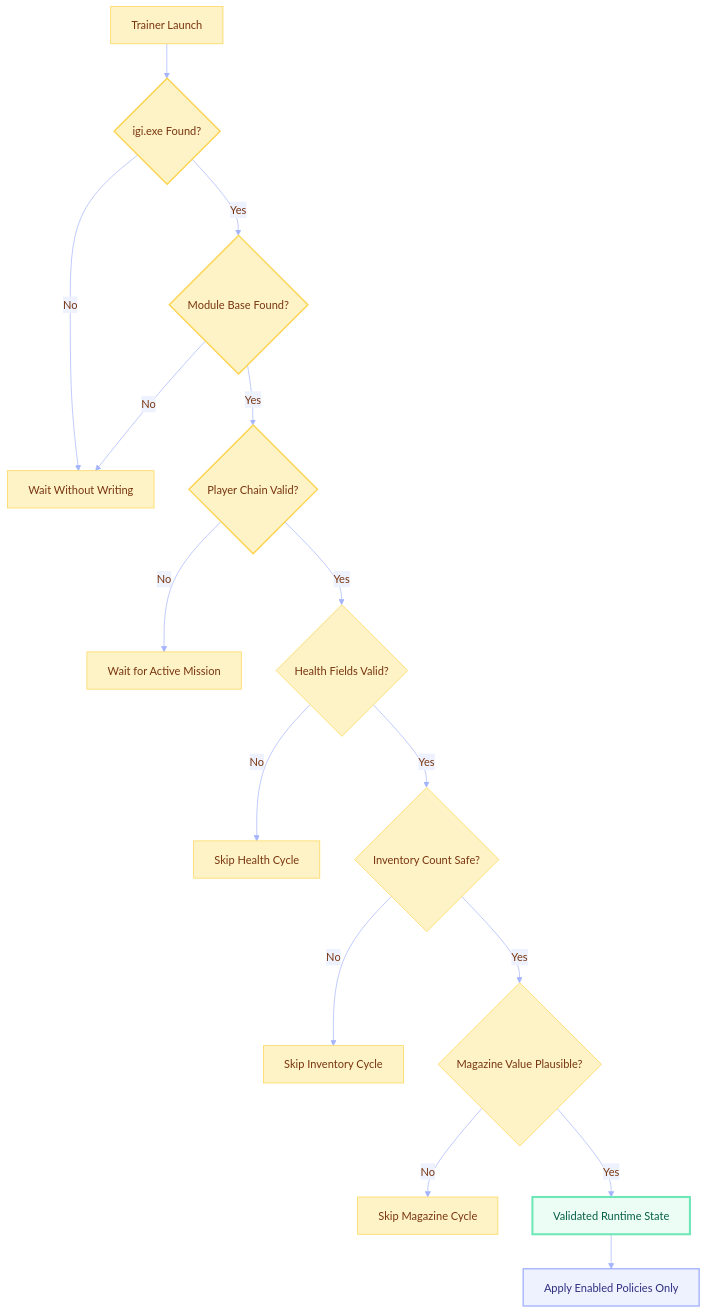
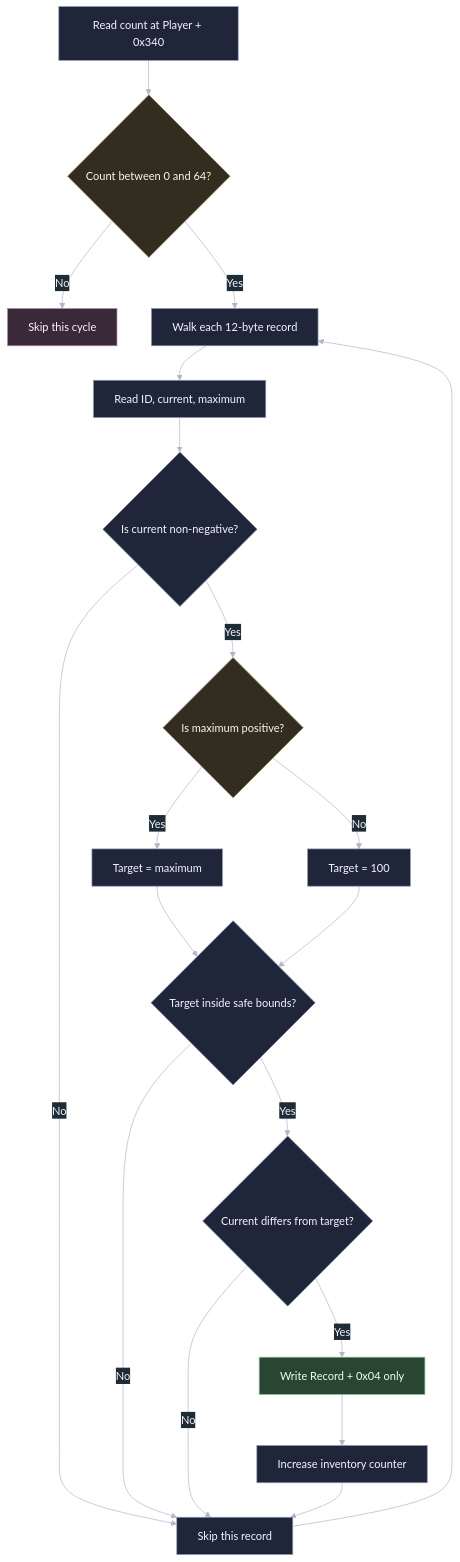
One commit to Tanishq-JM/Project-IGI-Offline-Trainer changed diagram 11 of 17 in README.md. Above: the diagram before and after it, drawn with Mermaid. The commit also changed other lines of this file, not shown here.

````diff
--- a/README.md
+++ b/README.md
@@ -916,24 +459,28 @@
 ```mermaid
-%%{init: {'theme':'base', 'themeVariables': { 'primaryColor':'#FEF3C7','primaryTextColor':'#78350F','primaryBorderColor':'#FCD34D','lineColor':'#A5B4FC','secondaryColor':'#EEF2FF','tertiaryColor':'#ECFDF5'}}}%%
-flowchart TB
-    Launch[Trainer Launch] --> Process{igi.exe Found?}
-    Process -->|No| Wait[Wait Without Writing]
-    Process -->|Yes| Module{Module Base Found?}
-    Module -->|No| Wait
-    Module -->|Yes| Player{Player Chain Valid?}
-    Player -->|No| WaitMission[Wait for Active Mission]
-    Player -->|Yes| Health{Health Fields Valid?}
-    Health -->|No| SkipHealth[Skip Health Cycle]
-    Health -->|Yes| Inventory{Inventory Count Safe?}
-    Inventory -->|No| SkipInventory[Skip Inventory Cycle]
-    Inventory -->|Yes| Magazine{Magazine Value Plausible?}
-    Magazine -->|No| SkipMagazine[Skip Magazine Cycle]
-    Magazine -->|Yes| Ready[Validated Runtime State]
-    Ready --> Write[Apply Enabled Policies Only]
+%%{init: {'theme':'base', 'themeVariables': {'background':'#0F1117','primaryColor':'#20263A','primaryTextColor':'#F6F3FF','primaryBorderColor':'#8E93B8','lineColor':'#B7B2CC','secondaryColor':'#1D2C35','secondaryTextColor':'#F3FAFC','secondaryBorderColor':'#7E9BAA','tertiaryColor':'#342633','tertiaryTextColor':'#FFF2FB','tertiaryBorderColor':'#A17F9D','fontFamily':'Segoe UI'}}}%%
+flowchart TD
+    ReadCount["Read count at Player + 0x340"] --> Safe{"Count between 0 and 64?"}
+    Safe -->|No| Skip["Skip this cycle"]
+    Safe -->|Yes| Loop["Walk each 12-byte record"]
+    Loop --> ReadFields["Read ID, current, maximum"]
+    ReadFields --> CurrentValid{"Is current non-negative?"}
+    CurrentValid -->|No| Next["Skip this record"]
+    CurrentValid -->|Yes| HasMax{"Is maximum positive?"}
+    HasMax -->|Yes| TargetMax["Target = maximum"]
+    HasMax -->|No| TargetSafe["Target = 100"]
+    TargetMax --> Bounds{"Target inside safe bounds?"}
+    TargetSafe --> Bounds
+    Bounds -->|No| Next
+    Bounds -->|Yes| Different{"Current differs from target?"}
+    Different -->|No| Next
+    Different -->|Yes| Write["Write Record + 0x04 only"]
+    Write --> Counter["Increase inventory counter"]
+    Counter --> Next
+    Next --> Loop
 
-    style Process fill:#FEF3C7,stroke:#FCD34D,stroke-width:2px,color:#78350F
-    style Module fill:#FEF3C7,stroke:#FCD34D,stroke-width:2px,color:#78350F
-    style Player fill:#FEF3C7,stroke:#FCD34D,stroke-width:2px,color:#78350F
-    style Ready fill:#ECFDF5,stroke:#6EE7B7,stroke-width:3px,color:#065F46
-    style Write fill:#EEF2FF,stroke:#A5B4FC,stroke-width:2px,color:#312E81
+    style ReadCount fill:#20263A,stroke:#8E93B8,color:#F6F3FF
+    style Safe fill:#332C20,stroke:#AA946D,color:#FFF7E8
+    style HasMax fill:#332C20,stroke:#AA946D,color:#FFF7E8
+    style Write fill:#294632,stroke:#8BC09A,color:#F1FFF5
+    style Skip fill:#3A2938,stroke:#B188AE,color:#FFF4FC
 ```
````
